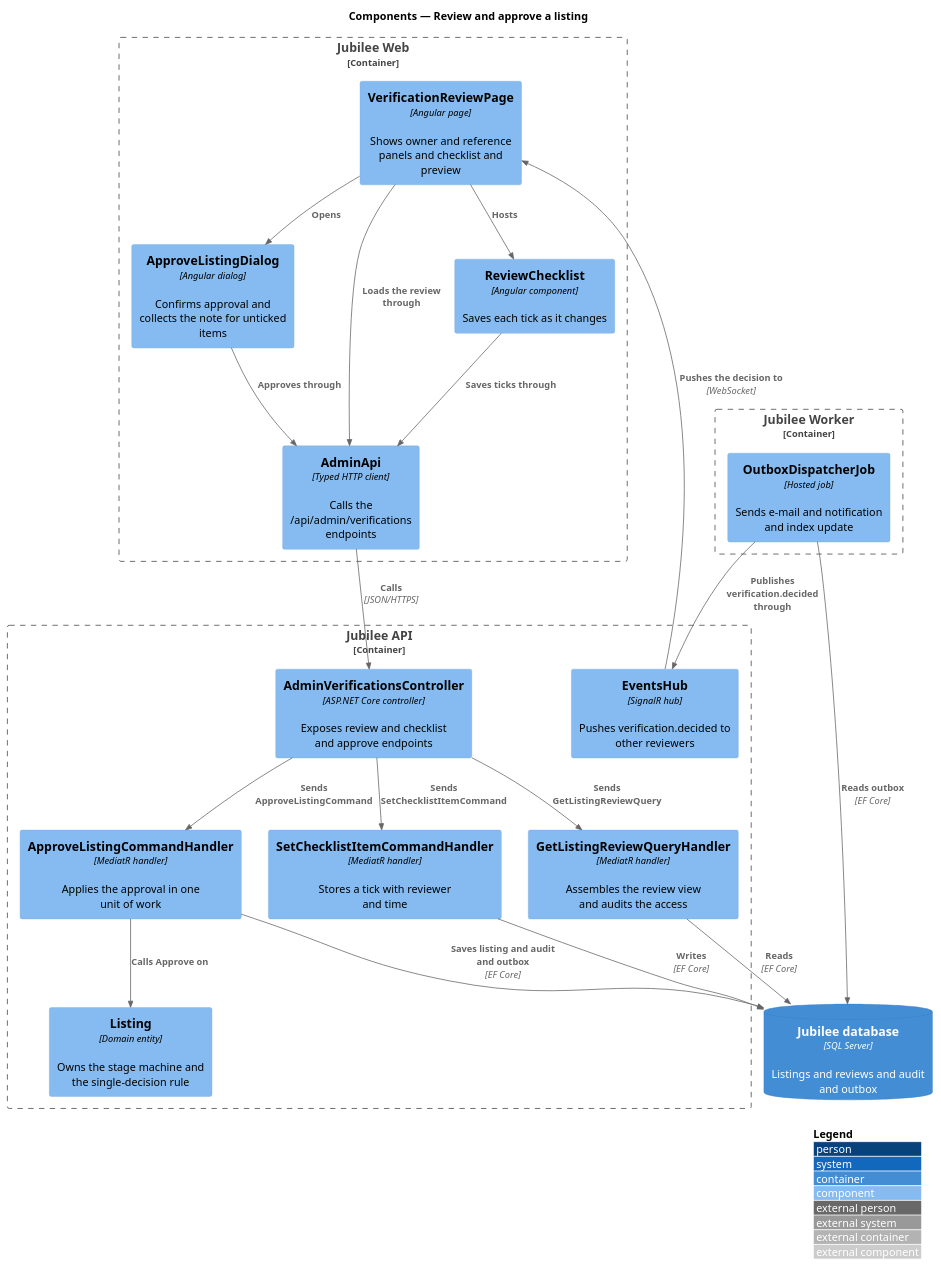
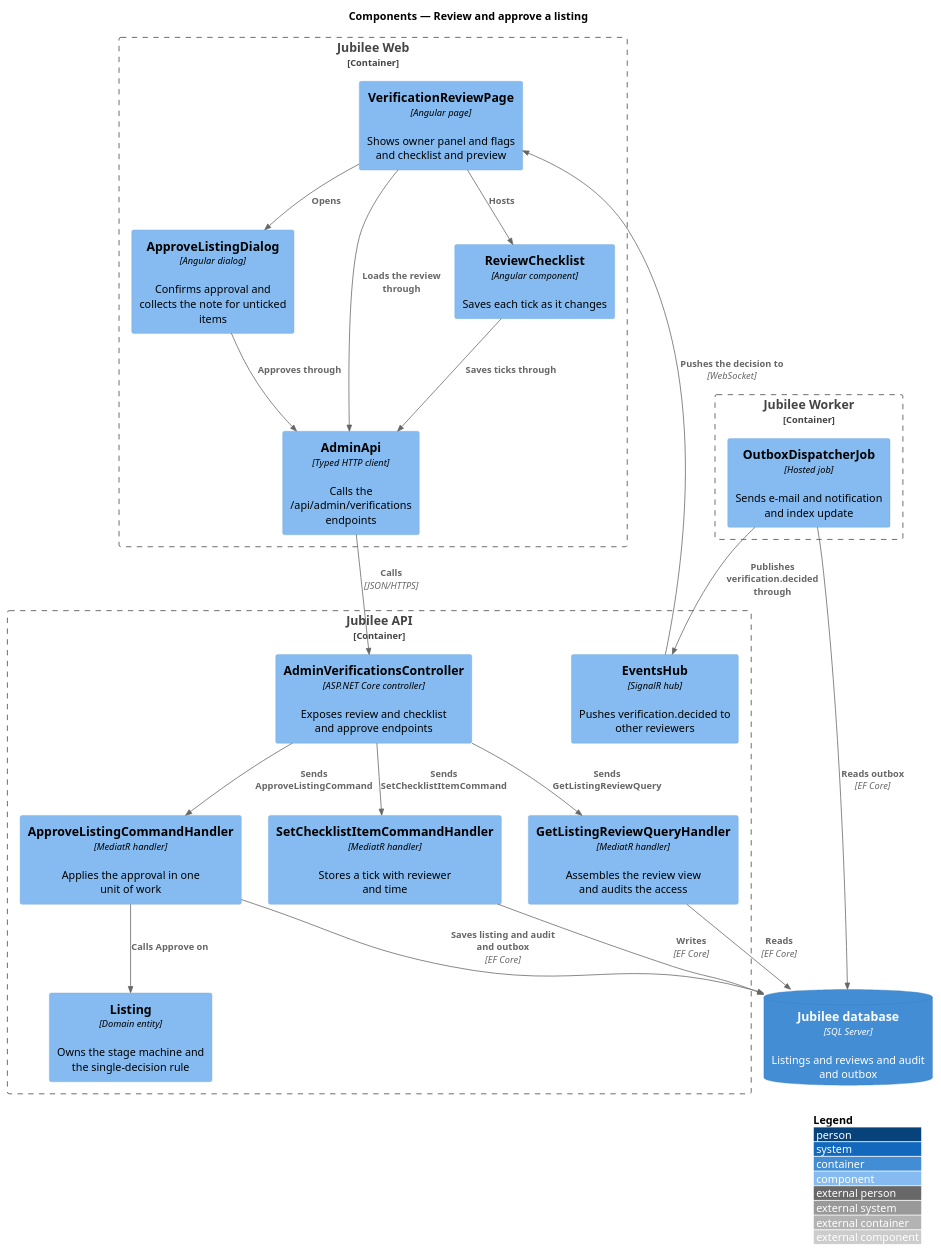
One commit to QuinntyneBrown/jubilee changed the diagram in docs/detailed-designs/verification/review-and-approve-listing/diagrams/c4-component.puml. Above: the diagram before and after it, drawn with PlantUML. The commit also changed 333 other files, not shown here.

```diff
--- a/docs/detailed-designs/verification/review-and-approve-listing/diagrams/c4-component.puml
+++ b/docs/detailed-designs/verification/review-and-approve-listing/diagrams/c4-component.puml
@@ -1,40 +1,40 @@
 @startuml
 !include <C4/C4_Component>
 LAYOUT_WITH_LEGEND()
 title Components — Review and approve a listing
 Container_Boundary(web, "Jubilee Web") {
-  Component(page, "VerificationReviewPage", "Angular page", "Shows owner and reference panels and checklist and preview")
+  Component(page, "VerificationReviewPage", "Angular page", "Shows owner panel and flags and checklist and preview")
   Component(check, "ReviewChecklist", "Angular component", "Saves each tick as it changes")
   Component(dialog, "ApproveListingDialog", "Angular dialog", "Confirms approval and collects the note for unticked items")
   Component(client, "AdminApi", "Typed HTTP client", "Calls the /api/admin/verifications endpoints")
 }
 Container_Boundary(api, "Jubilee API") {
   Component(ctrl, "AdminVerificationsController", "ASP.NET Core controller", "Exposes review and checklist and approve endpoints")
   Component(qh, "GetListingReviewQueryHandler", "MediatR handler", "Assembles the review view and audits the access")
   Component(th, "SetChecklistItemCommandHandler", "MediatR handler", "Stores a tick with reviewer and time")
   Component(ah, "ApproveListingCommandHandler", "MediatR handler", "Applies the approval in one unit of work")
   Component(listing, "Listing", "Domain entity", "Owns the stage machine and the single-decision rule")
   Component(hub, "EventsHub", "SignalR hub", "Pushes verification.decided to other reviewers")
 }
 Container_Boundary(worker, "Jubilee Worker") {
   Component(outbox, "OutboxDispatcherJob", "Hosted job", "Sends e-mail and notification and index update")
 }
 ContainerDb(db, "Jubilee database", "SQL Server", "Listings and reviews and audit and outbox")
 
 Rel(page, check, "Hosts")
 Rel(page, dialog, "Opens")
 Rel(page, client, "Loads the review through")
 Rel(check, client, "Saves ticks through")
 Rel(dialog, client, "Approves through")
 Rel(client, ctrl, "Calls", "JSON/HTTPS")
 Rel(ctrl, qh, "Sends GetListingReviewQuery")
 Rel(ctrl, th, "Sends SetChecklistItemCommand")
 Rel(ctrl, ah, "Sends ApproveListingCommand")
 Rel(ah, listing, "Calls Approve on")
 Rel(ah, db, "Saves listing and audit and outbox", "EF Core")
 Rel(qh, db, "Reads", "EF Core")
 Rel(th, db, "Writes", "EF Core")
 Rel(outbox, db, "Reads outbox", "EF Core")
 Rel(outbox, hub, "Publishes verification.decided through")
 Rel(hub, page, "Pushes the decision to", "WebSocket")
 @enduml
```
